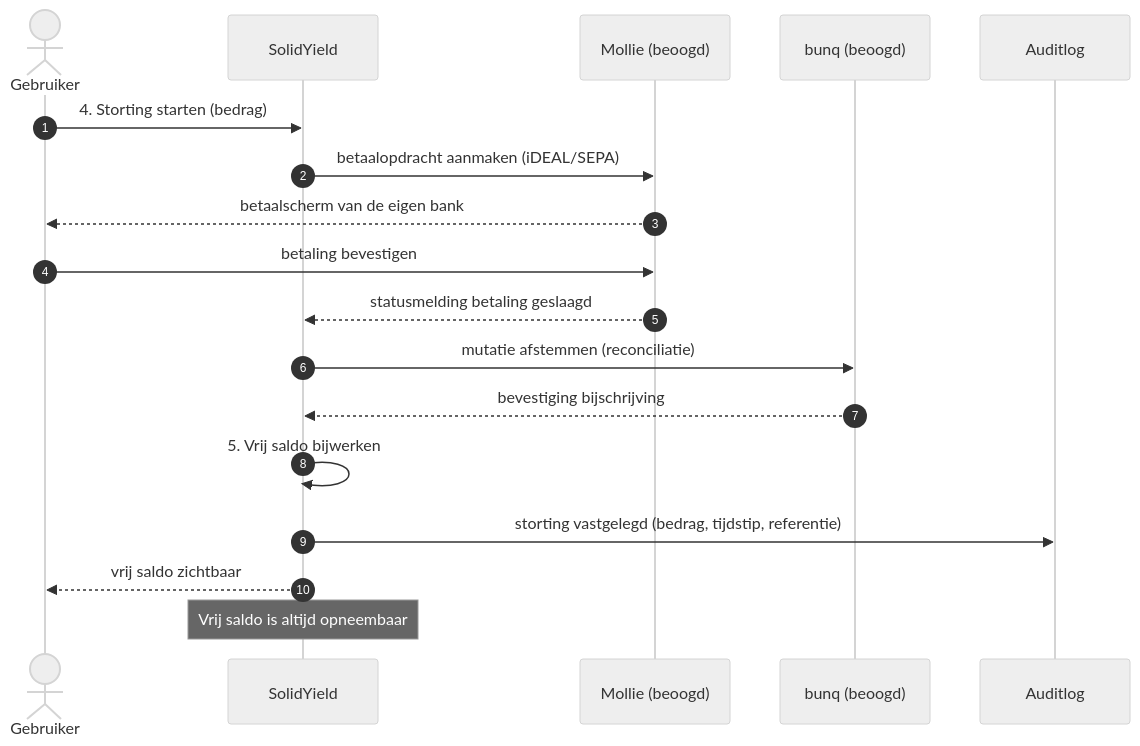
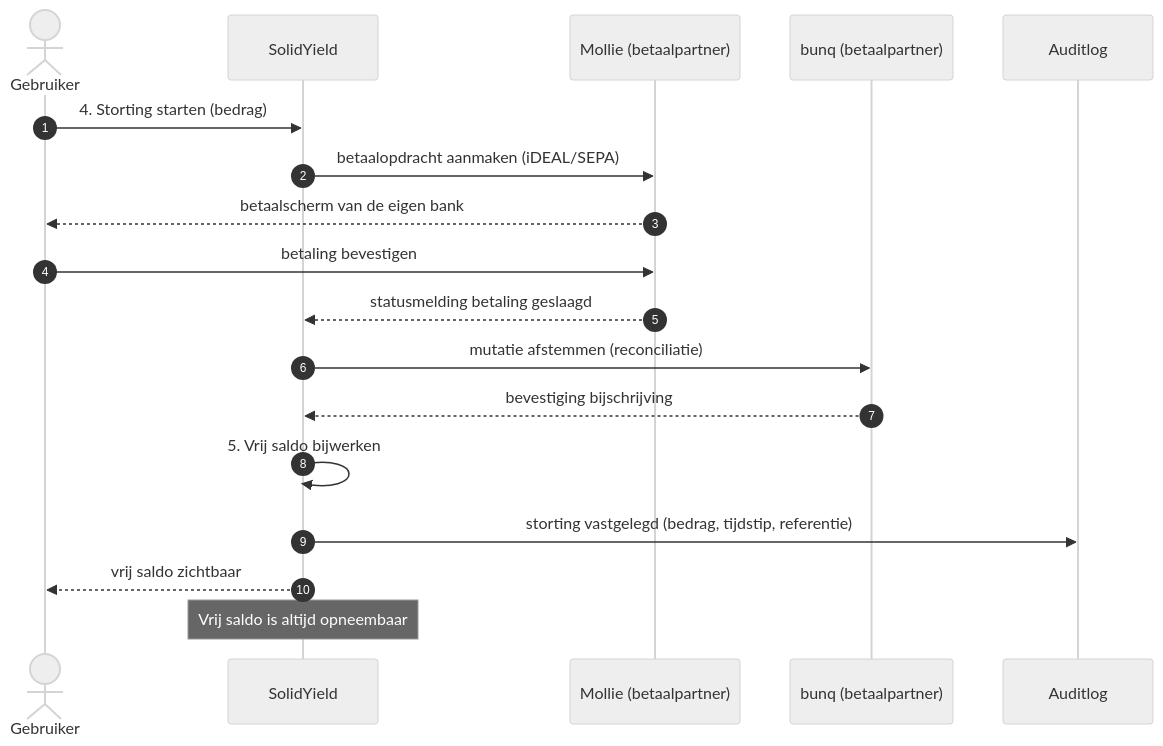
The second of 7 diagrams in docs/architecture/adr/0008-geld-en-contractstroom.md (WildcatKSS/SolidYield), drawn with Mermaid (neutral theme) before and after one commit. The commit also changed other lines of this file and 13 other files, not shown here.

````diff
--- a/docs/architecture/adr/0008-geld-en-contractstroom.md
+++ b/docs/architecture/adr/0008-geld-en-contractstroom.md
@@ -99,22 +109,22 @@
 ```mermaid
 sequenceDiagram
     autonumber
     actor G as Gebruiker
     participant SY as SolidYield
-    participant M as Mollie (beoogd)
-    participant B as bunq (beoogd)
+    participant M as Mollie (betaalpartner)
+    participant B as bunq (betaalpartner)
     participant AUD as Auditlog
 
     G->>SY: 4. Storting starten (bedrag)
     SY->>M: betaalopdracht aanmaken (iDEAL/SEPA)
     M-->>G: betaalscherm van de eigen bank
     G->>M: betaling bevestigen
     M-->>SY: statusmelding betaling geslaagd
     SY->>B: mutatie afstemmen (reconciliatie)
     B-->>SY: bevestiging bijschrijving
     SY->>SY: 5. Vrij saldo bijwerken
     SY->>AUD: storting vastgelegd (bedrag, tijdstip, referentie)
     SY-->>G: vrij saldo zichtbaar
 
     Note over SY: Vrij saldo is altijd opneembaar
 ```
````
